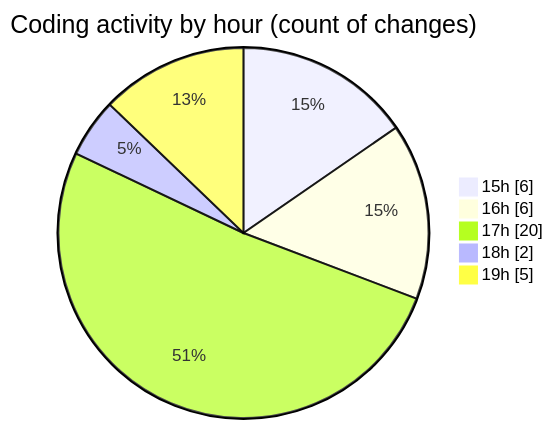
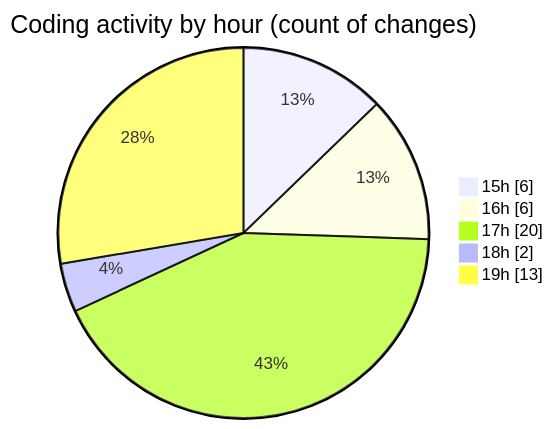
Before and after one commit to momahboobian/code-tracking: the second of 2 diagrams in 2025-03-25/samplepdf/README.md, drawn with Mermaid. The commit also changed other lines of this file and 1 other file, not shown here.

````diff
--- a/2025-03-25/samplepdf/README.md
+++ b/2025-03-25/samplepdf/README.md
@@ -32,9 +32,9 @@
 ```mermaid
 pie showData
 title Coding activity by hour (count of changes)
 "15h" : 6
 "16h" : 6
 "17h" : 20
 "18h" : 2
-"19h" : 5
+"19h" : 13
 ```
````
